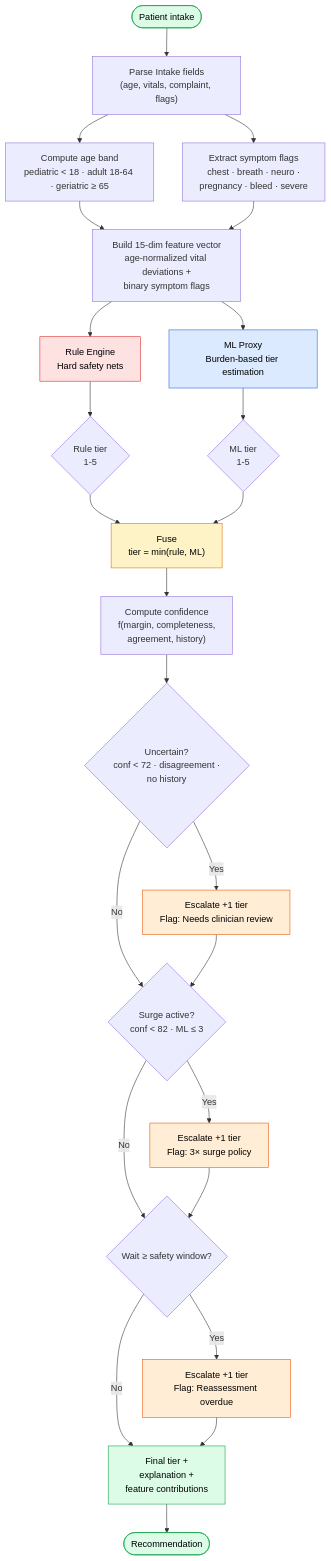
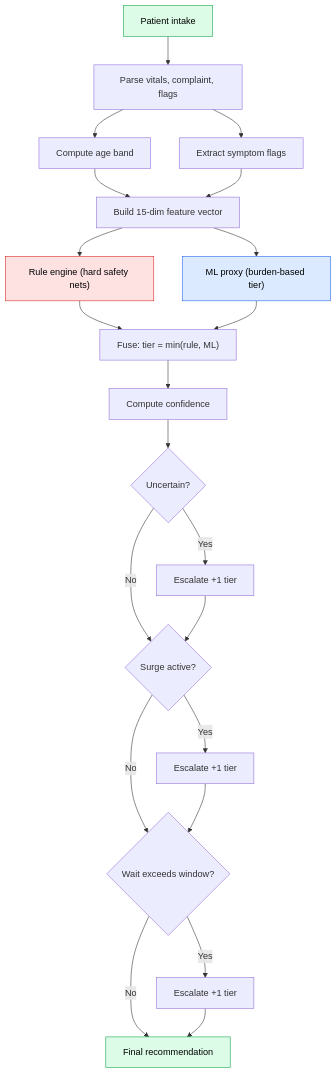
One commit to HarshvardhanJ/TriageSetu changed the second of 3 diagrams in README.md. Above: the diagram before and after it, drawn with Mermaid. The commit also changed other lines of this file, not shown here.

````diff
--- a/README.md
+++ b/README.md
@@ -243,46 +100,33 @@
 ```mermaid
 flowchart TD
-    Start([" Patient intake "]) --> Parse["Parse Intake fields<br/>(age, vitals, complaint, flags)"]
+    Start["Patient intake"] --> Parse["Parse vitals, complaint, flags"]
+    Parse --> AgeBand["Compute age band"]
+    Parse --> Symptoms["Extract symptom flags"]
+    AgeBand --> Features["Build 15-dim feature vector"]
+    Symptoms --> Features
 
-    Parse --> AgeBand["Compute age band<br/>pediatric < 18 · adult 18-64 · geriatric ≥ 65"]
-    Parse --> SymptomFlags["Extract symptom flags<br/>chest · breath · neuro ·<br/>pregnancy · bleed · severe"]
+    Features --> RuleEngine["Rule engine (hard safety nets)"]
+    Features --> MLProxy["ML proxy (burden-based tier)"]
 
-    AgeBand --> Features["Build 15-dim feature vector<br/>age-normalized vital deviations +<br/>binary symptom flags"]
-    SymptomFlags --> Features
+    RuleEngine --> Fuse["Fuse: tier = min(rule, ML)"]
+    MLProxy --> Fuse
 
-    Features --> RuleEngine[" Rule Engine<br/>Hard safety nets "]
-    Features --> MLProxy[" ML Proxy<br/>Burden-based tier estimation "]
+    Fuse --> Confidence["Compute confidence"]
+    Confidence --> Check{"Uncertain?"}
+    Check -->|"Yes"| Escalate["Escalate +1 tier"]
+    Check -->|"No"| Surge{"Surge active?"}
+    Escalate --> Surge
 
-    RuleEngine --> RuleTier{" Rule tier<br/>1-5 "}
-    MLProxy --> MLTier{" ML tier<br/>1-5 "}
+    Surge -->|"Yes"| SurgeUp["Escalate +1 tier"]
+    Surge -->|"No"| Wait{"Wait exceeds window?"}
+    SurgeUp --> Wait
 
-    RuleTier --> Fuse[" Fuse<br/>tier = min(rule, ML) "]
-    MLTier --> Fuse
-
-    Fuse --> Confidence["Compute confidence<br/>f(margin, completeness,<br/>agreement, history)"]
-
-    Confidence --> Uncertain{" Uncertain?<br/>conf < 72 · disagreement ·<br/>no history "}
-    Uncertain -->|"Yes"| Escalate[" Escalate +1 tier<br/>Flag: Needs clinician review "]
-    Uncertain -->|"No"| Surge
-
-    Escalate --> Surge{" Surge active?<br/>conf < 82 · ML ≤ 3 "}
-    Surge -->|"Yes"| SurgeEscalate[" Escalate +1 tier<br/>Flag: 3× surge policy "]
-    Surge -->|"No"| Wait
-
-    SurgeEscalate --> Wait{" Wait ≥ safety window? "}
-    Wait -->|"Yes"| Overdue[" Escalate +1 tier<br/>Flag: Reassessment overdue "]
-    Wait -->|"No"| Finalize
-
-    Overdue --> Finalize[" Final tier +<br/>explanation +<br/>feature contributions "]
-    Finalize --> End([" Recommendation "])
+    Wait -->|"Yes"| Overdue["Escalate +1 tier"]
+    Wait -->|"No"| Final["Final recommendation"]
+    Overdue --> Final
 
     style Start fill:#dcfce7,stroke:#16a34a,color:#000
-    style End fill:#dcfce7,stroke:#16a34a,color:#000
     style RuleEngine fill:#fee2e2,stroke:#dc2626,color:#000
     style MLProxy fill:#dbeafe,stroke:#2563eb,color:#000
-    style Fuse fill:#fef3c7,stroke:#d97706,color:#000
-    style Escalate fill:#ffedd5,stroke:#ea580c,color:#000
-    style SurgeEscalate fill:#ffedd5,stroke:#ea580c,color:#000
-    style Overdue fill:#ffedd5,stroke:#ea580c,color:#000
-    style Finalize fill:#dcfce7,stroke:#16a34a,color:#000
+    style Final fill:#dcfce7,stroke:#16a34a,color:#000
 ```
````
